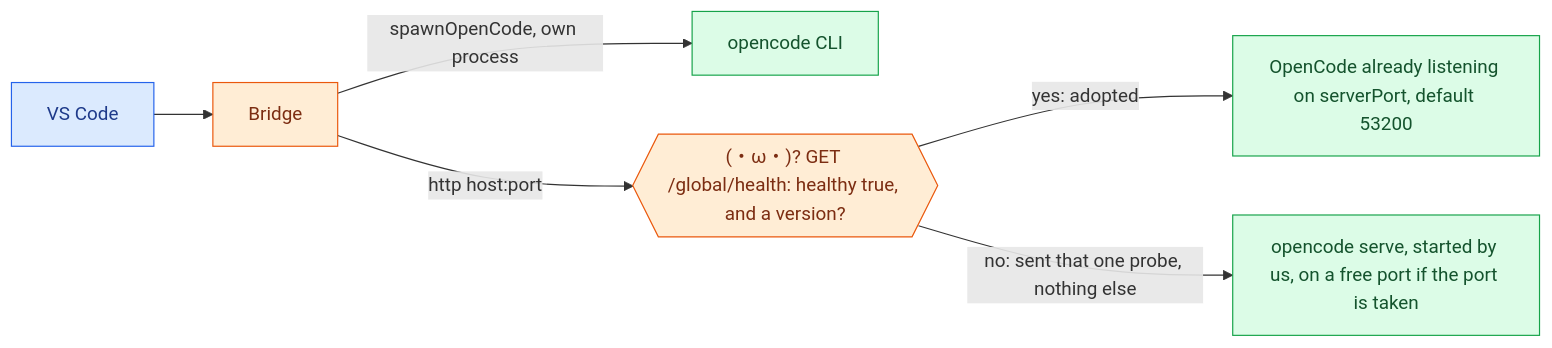
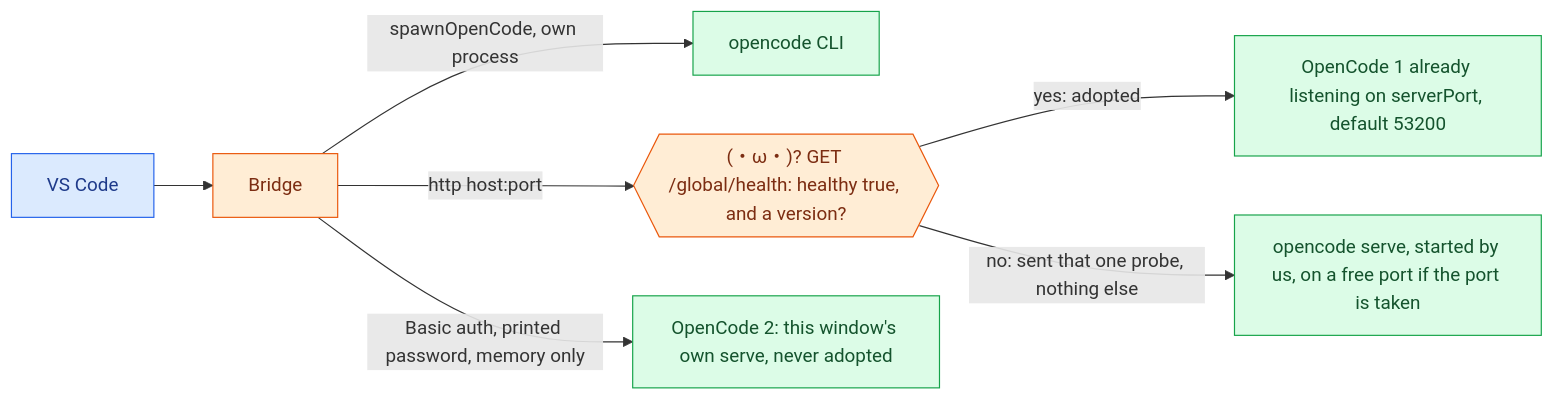
Before and after one commit to Artsrun/oc-copilot: the diagram in docs/flow/06-trust-and-tradeoffs.md, drawn with Mermaid. The commit also changed other lines of this file and 18 other files, not shown here.

First line of the commit message:
Docs: flow pages, README, AGENTS and notes brought up to 0.0.236

````diff
--- a/docs/flow/06-trust-and-tradeoffs.md
+++ b/docs/flow/06-trust-and-tradeoffs.md
@@ -7,13 +7,14 @@
 ```mermaid
 flowchart LR
   classDef host fill:#dbeafe,stroke:#2563eb,color:#1e3a8a
   classDef bridge fill:#ffedd5,stroke:#ea580c,color:#7c2d12
   classDef oc fill:#dcfce7,stroke:#16a34a,color:#14532d
   classDef risk fill:#fee2e2,stroke:#dc2626,color:#7f1d1d
 
   VS["VS Code"]:::host --> BR["Bridge"]:::bridge
   BR -->|spawnOpenCode, own process| CLI["opencode CLI"]:::oc
   BR -->|http host:port| HC{{"(・ω・)? GET /global/health: healthy true, and a version?"}}:::bridge
-  HC -->|yes: adopted| LS["OpenCode already listening on serverPort, default 53200"]:::oc
+  HC -->|yes: adopted| LS["OpenCode 1 already listening on serverPort, default 53200"]:::oc
   HC -->|no: sent that one probe, nothing else| SV["opencode serve, started by us, on a free port if the port is taken"]:::oc
+  BR -->|Basic auth, printed password, memory only| V2["OpenCode 2: this window's own serve, never adopted"]:::oc
 ```
````
